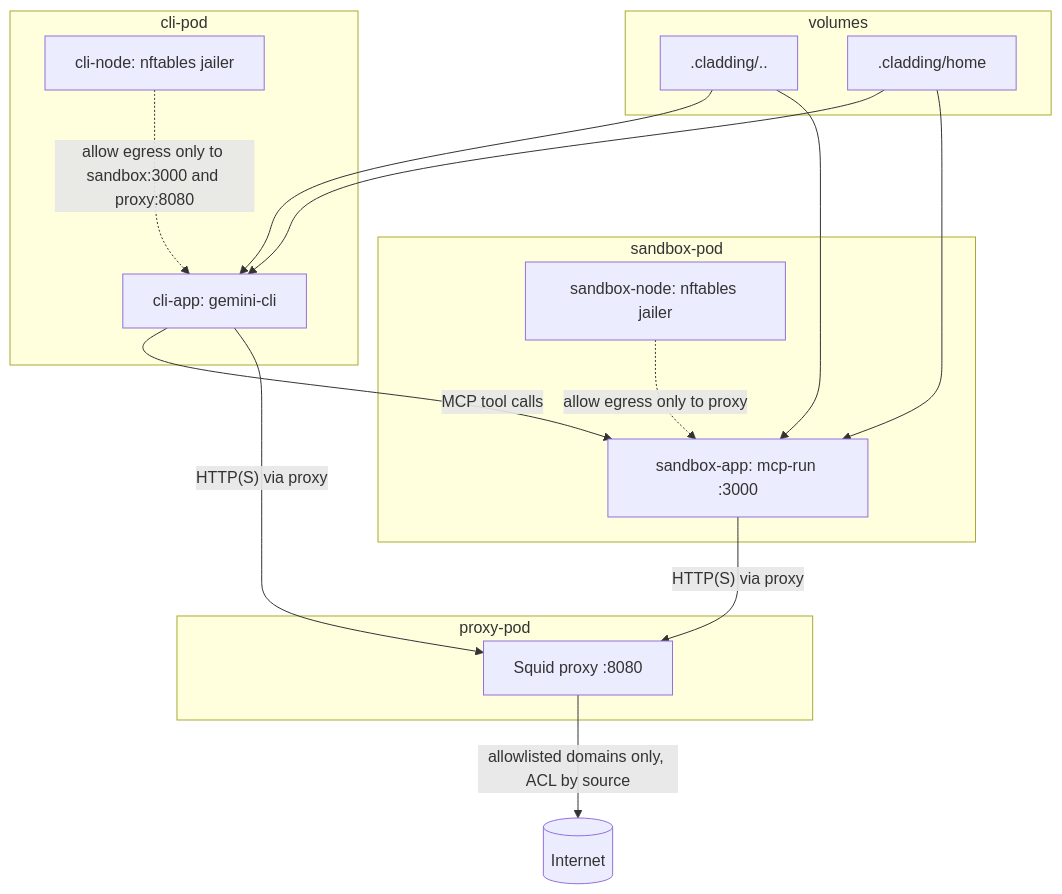
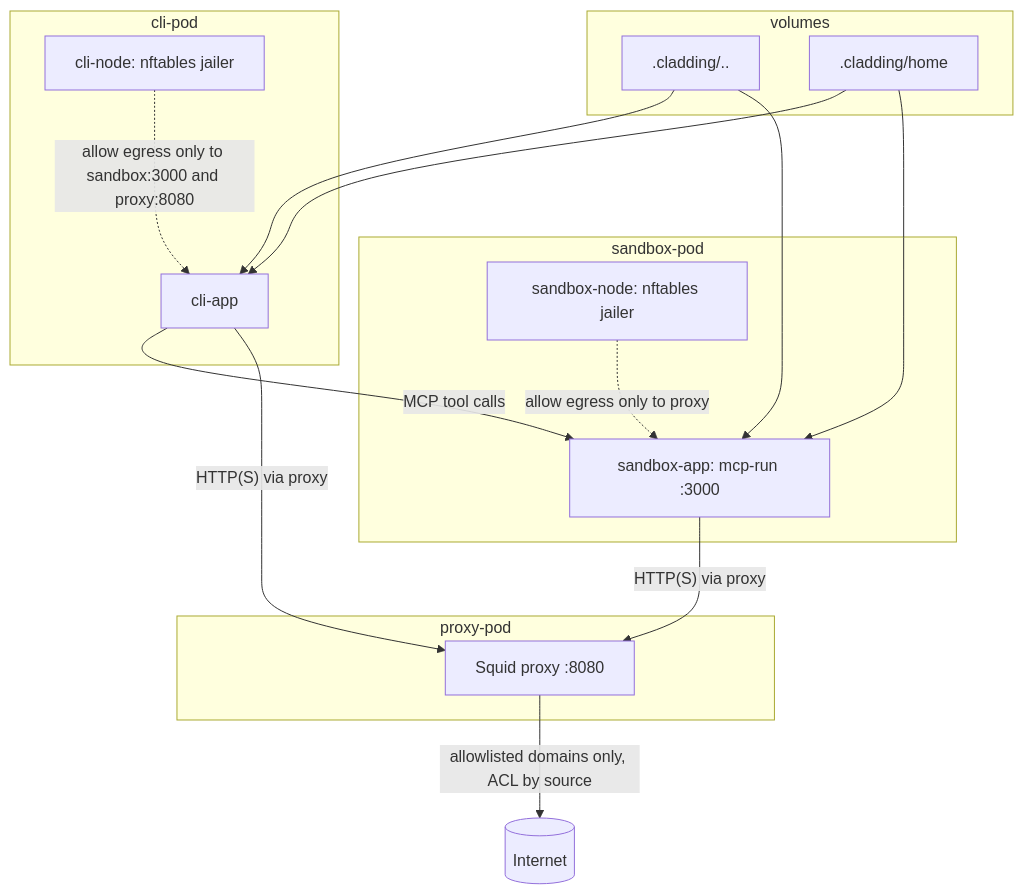
One commit to dstoc/cladding changed the diagram in README.md. Above: the diagram before and after it, drawn with Mermaid. The commit also changed other lines of this file and 3 other files, not shown here.

Commit message:
refactor: use the same image for both cli-app and sandbox-app

````diff
--- a/README.md
+++ b/README.md
@@ -85,35 +85,35 @@
 ```mermaid
 flowchart TB
   subgraph C[cli-pod]
     CJ[cli-node: nftables jailer]
-    CA[cli-app: gemini-cli]
+    CA[cli-app]
   end
 
   subgraph H[volumes]
     WS[.cladding/..]
     HOME[.cladding/home]
   end
 
 
   subgraph S[sandbox-pod]
     SJ[sandbox-node: nftables jailer]
     SA[sandbox-app: mcp-run :3000]
   end
 
   subgraph P[proxy-pod]
     PX[Squid proxy :8080]
   end
 
   WS --> CA
   WS --> SA
   HOME --> CA
   HOME --> SA
 
   CA -- MCP tool calls --> SA
   CA -- HTTP(S) via proxy --> PX
   SA -- HTTP(S) via proxy --> PX
   PX -- allowlisted domains only, ACL by source --> NET[(Internet)]
 
   CJ -. allow egress only to sandbox:3000 and proxy:8080 .-> CA
   SJ -. allow egress only to proxy .-> SA
 ```
````
